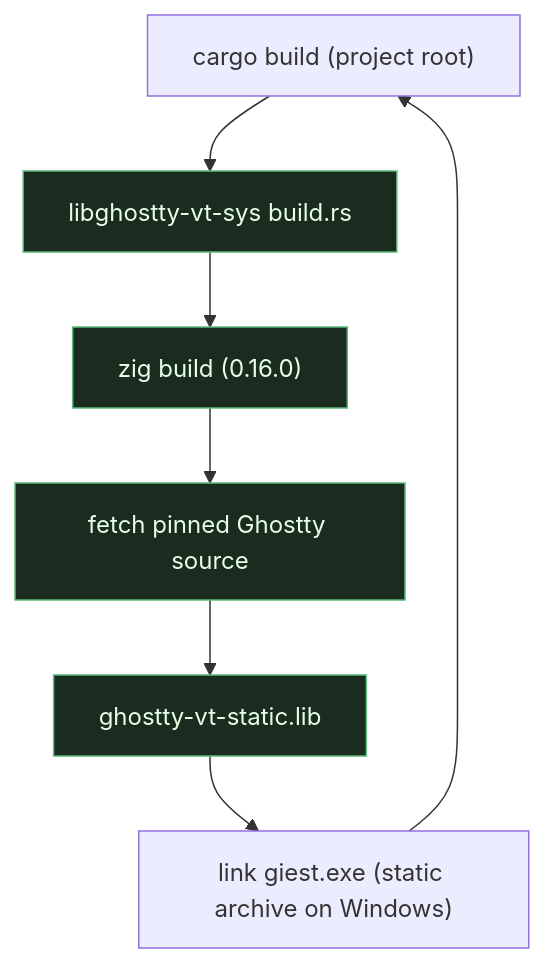
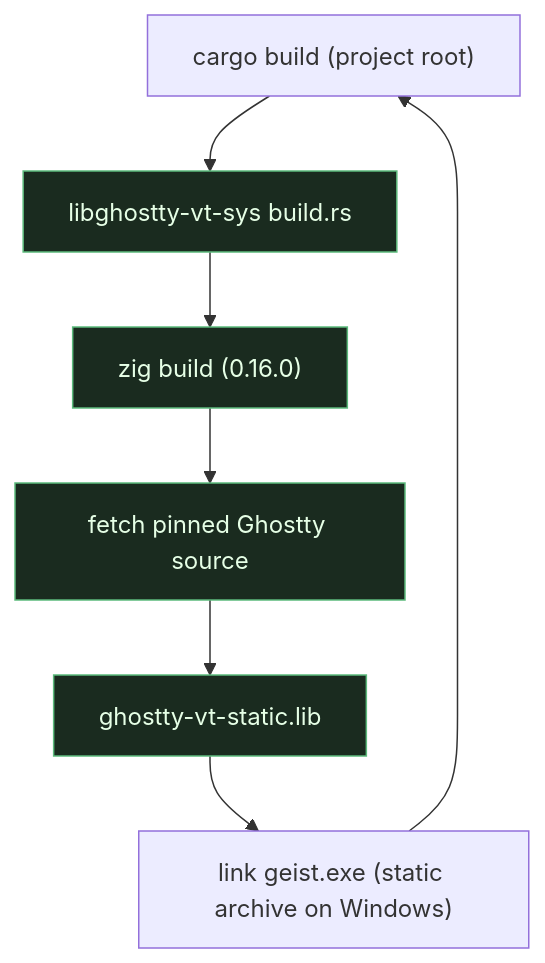
One commit to stvnksslr/geist changed the diagram in docs/guides/building.md. Above: the diagram before and after it, drawn with Mermaid. The commit also changed other lines of this file and 110 other files, not shown here.

````diff
--- a/docs/guides/building.md
+++ b/docs/guides/building.md
@@ -49,14 +49,14 @@
 ```mermaid
 flowchart TB
     cargo["cargo build (project root)"]
     sys["libghostty-vt-sys build.rs"]
     zig["zig build (0.16.0)"]
     fetch["fetch pinned Ghostty source"]
     archive["ghostty-vt-static.lib"]
-    link["link giest.exe (static archive on Windows)"]
+    link["link geist.exe (static archive on Windows)"]
 
     cargo --> sys --> zig --> fetch --> archive --> link --> cargo
 
     classDef v fill:#1a2b1f,stroke:#5cba7c,color:#e6ffe6
     class sys,zig,fetch,archive v
 ```
````
